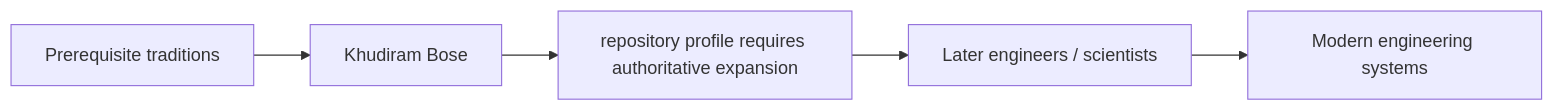
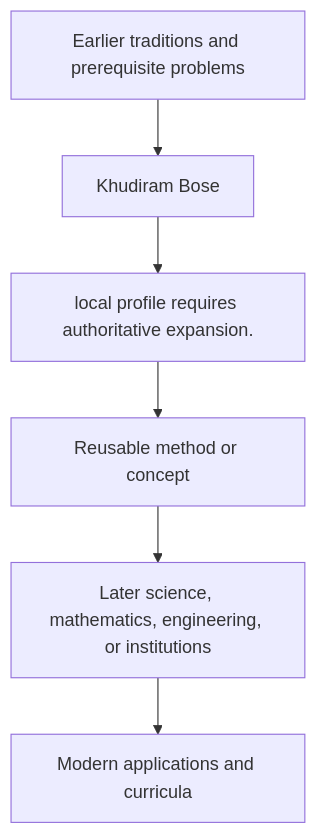
Before and after one commit to via-decide/ViaLogic: the diagram in docs/history/khudiram-bose/influence.md, drawn with Mermaid. The commit also changed other lines of this file and 858 other files, not shown here.

````diff
--- a/docs/history/khudiram-bose/influence.md
+++ b/docs/history/khudiram-bose/influence.md
@@ -29,7 +16,8 @@
 ```mermaid
-graph LR
-  prerequisites["Prerequisite traditions"] --> current["Khudiram Bose"]
-  current --> contribution["repository profile requires authoritative expansion"]
-  contribution --> successors["Later engineers / scientists"]
-  successors --> modern["Modern engineering systems"]
+graph TD
+  Prior[Earlier traditions and prerequisite problems] --> Person[Khudiram Bose]
+  Person --> Contribution[local profile requires authoritative expansion.]
+  Contribution --> Method[Reusable method or concept]
+  Method --> Later[Later science, mathematics, engineering, or institutions]
+  Later --> Modern[Modern applications and curricula]
 ```
````
